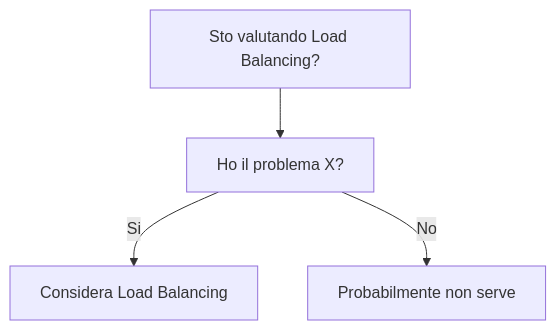
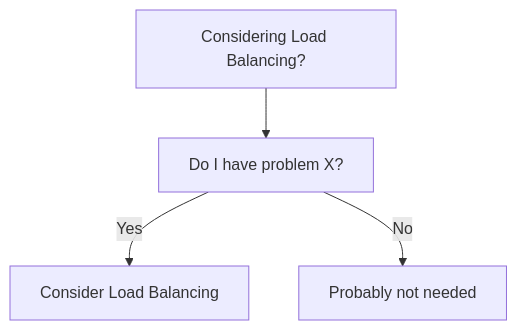
One commit to HxT9/Software-Dev-Wiki changed the diagram in dev-wiki/11_Performance/Load_Balancing/When_To_Use.md. Above: the diagram before and after it, drawn with Mermaid. The commit also changed other lines of this file and 3444 other files, not shown here.

````diff
--- a/dev-wiki/11_Performance/Load_Balancing/When_To_Use.md
+++ b/dev-wiki/11_Performance/Load_Balancing/When_To_Use.md
@@ -19,6 +19,6 @@
 ```mermaid
 flowchart TD
-  Q[Sto valutando Load Balancing?] --> Q1[Ho il problema X?]
-  Q1 -->|Si| OK[Considera Load Balancing]
-  Q1 -->|No| NO[Probabilmente non serve]
+  Q[Considering Load Balancing?] --> Q1[Do I have problem X?]
+  Q1 -->|Yes| OK[Consider Load Balancing]
+  Q1 -->|No| NO[Probably not needed]
 ```
````
